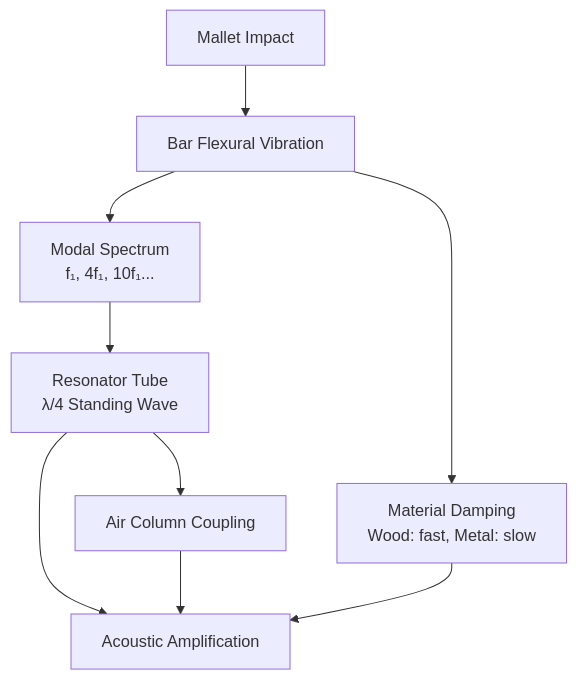
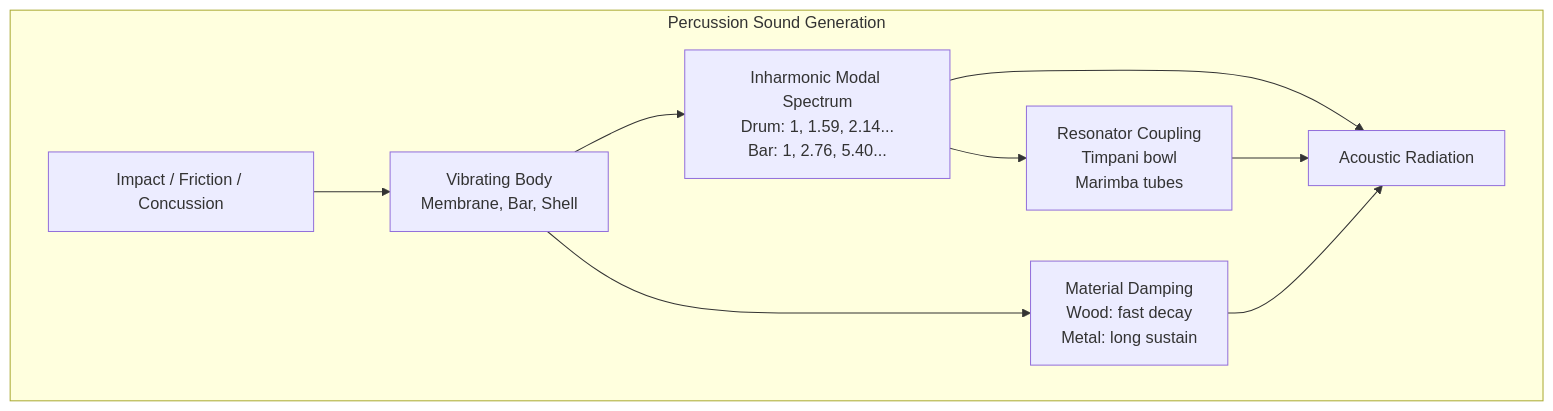
One commit to blebleblee/synapse changed the first of 5 diagrams in topics/arts/music_performance/percussion/lesson_04_instrument_families.md. Above: the diagram before and after it, drawn with Mermaid. The commit also changed other lines of this file and 4 other files, not shown here.

````diff
--- a/topics/arts/music_performance/percussion/lesson_04_instrument_families.md
+++ b/topics/arts/music_performance/percussion/lesson_04_instrument_families.md
@@ -47,11 +11,12 @@
 ```mermaid
 graph TD
-    Impact[Mallet Impact] --> Bar[Bar Flexural Vibration]
-    Bar --> Modes["Modal Spectrum<br/>f₁, 4f₁, 10f₁..."]
-    Modes --> Resonator["Resonator Tube<br/>λ/4 Standing Wave"]
-    Resonator --> Amp[Acoustic Amplification]
-    Bar --> Decay["Material Damping<br/>Wood: fast, Metal: slow"]
-    Decay --> Amp
-    Resonator --> Coupling[Air Column Coupling]
-    Coupling --> Amp
+    subgraph sub_percussion_physics ["Percussion Sound Generation"]
+        Strike["Impact / Friction / Concussion"] --> Body["Vibrating Body<br/>Membrane, Bar, Shell"]
+        Body --> Modes["Inharmonic Modal Spectrum<br/>Drum: 1, 1.59, 2.14...<br/>Bar: 1, 2.76, 5.40..."]
+        Modes --> Radiation["Acoustic Radiation"]
+        Body --> Damping["Material Damping<br/>Wood: fast decay<br/>Metal: long sustain"]
+        Damping --> Radiation
+        Modes --> Resonance["Resonator Coupling<br/>Timpani bowl<br/>Marimba tubes"]
+        Resonance --> Radiation
+    end
 ```
````
